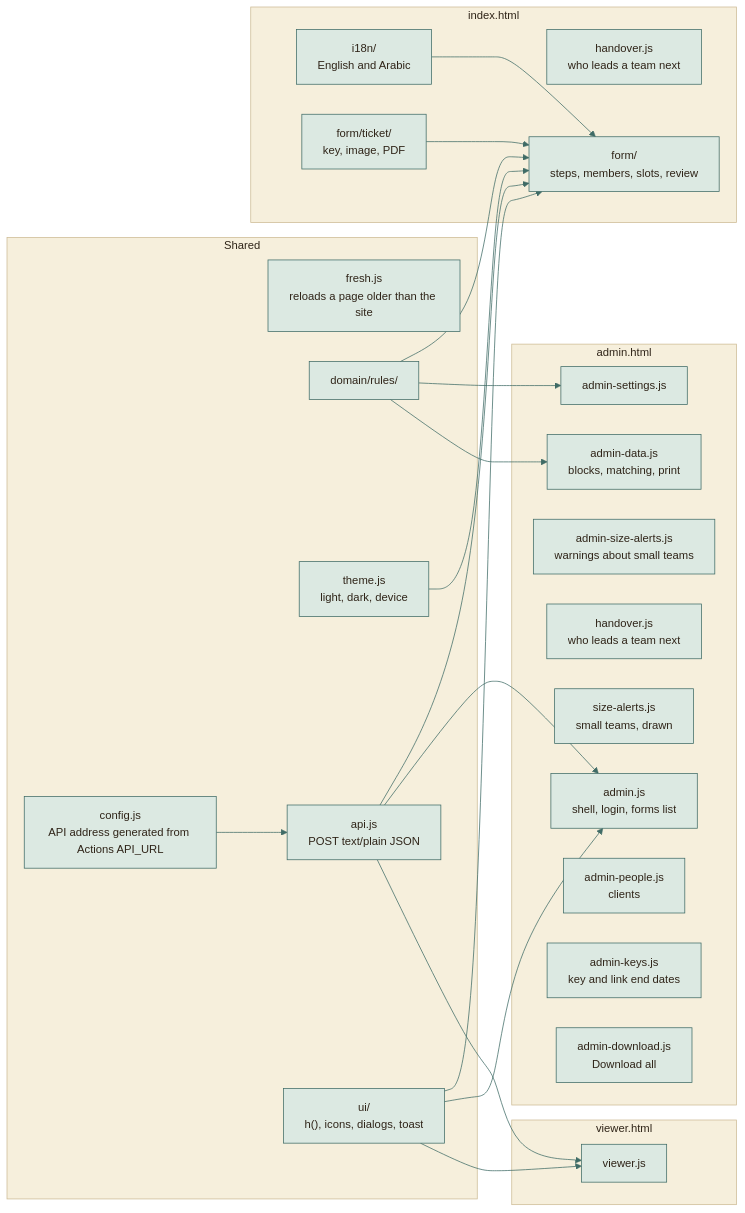
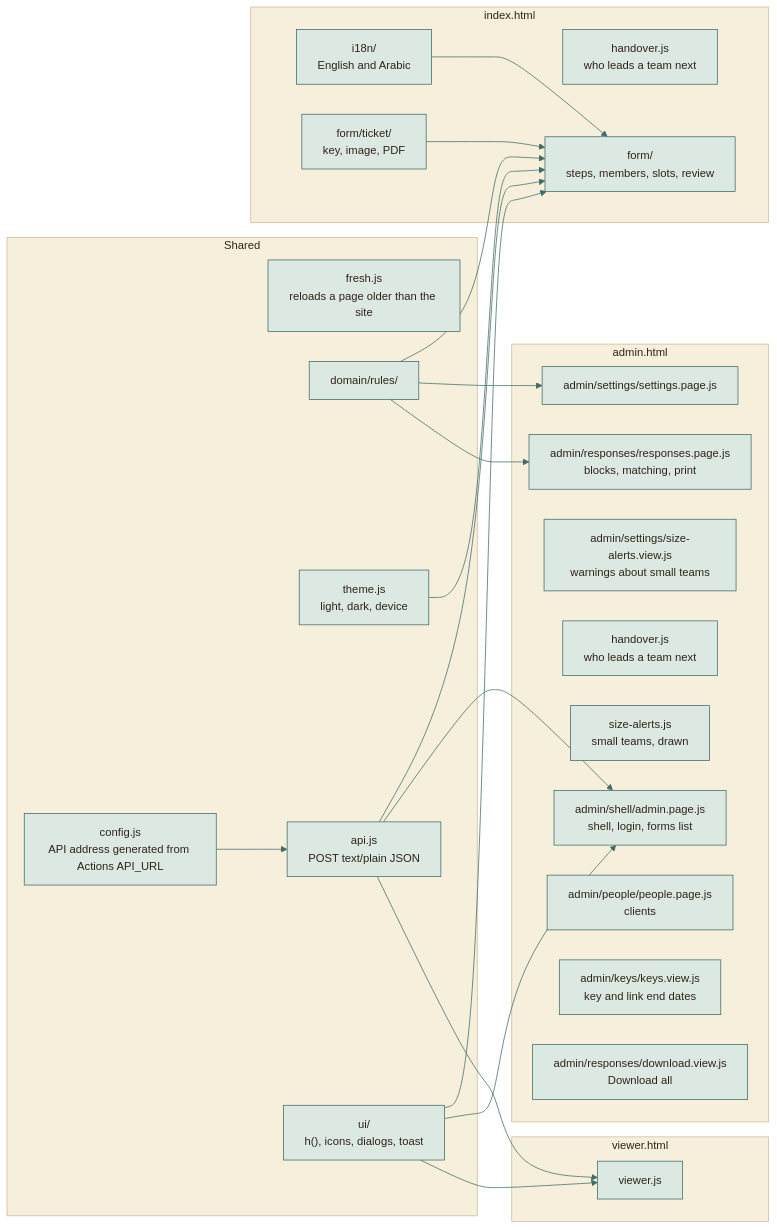
Before and after one commit to moyeh04/forms-platform: the tenth of 12 diagrams in docs/architecture/ARCHITECTURE.md, drawn with Mermaid. The commit also changed other lines of this file and 15 other files, not shown here.

````diff
--- a/docs/architecture/ARCHITECTURE.md
+++ b/docs/architecture/ARCHITECTURE.md
@@ -694,72 +694,72 @@
 ```mermaid
 %%{init: {
   'theme': 'base',
   'themeVariables': {
     'fontFamily': 'ui-sans-serif, system-ui, -apple-system, Segoe UI, Roboto, sans-serif',
     'fontSize': '15px',
     'primaryColor': '#DCE9E2', 'primaryBorderColor': '#3F6B66', 'primaryTextColor': '#2F2418',
     'secondaryColor': '#F0E4C8', 'secondaryBorderColor': '#C9A24A', 'secondaryTextColor': '#2F2418',
     'tertiaryColor': '#F6EFDC', 'tertiaryBorderColor': '#CDBB94', 'tertiaryTextColor': '#2F2418',
     'lineColor': '#3F6B66', 'textColor': '#2F2418', 'mainBkg': '#DCE9E2', 'nodeBorder': '#3F6B66',
     'clusterBkg': '#F6EFDC', 'clusterBorder': '#CDBB94', 'titleColor': '#2F2418',
     'edgeLabelBackground': '#F8F1DD',
     'actorBkg': '#DCE9E2', 'actorBorder': '#3F6B66', 'actorTextColor': '#2F2418', 'actorLineColor': '#8FB3AB',
     'signalColor': '#477A73', 'signalTextColor': '#477A73',
     'labelBoxBkgColor': '#F0E4C8', 'labelBoxBorderColor': '#C9A24A', 'labelTextColor': '#2F2418', 'loopTextColor': '#6A5A44',
     'noteBkgColor': '#FBEFC9', 'noteBorderColor': '#C9A24A', 'noteTextColor': '#2F2418',
     'activationBkgColor': '#DCE9E2', 'activationBorderColor': '#3F6B66', 'sequenceNumberColor': '#F8F1DD',
     'transitionColor': '#3F6B66', 'stateLabelColor': '#2F2418', 'stateBkg': '#DCE9E2', 'altBackground': '#F6EFDC',
     'attributeBackgroundColorOdd': '#F8F1DD', 'attributeBackgroundColorEven': '#F0E4C8'
   },
   'flowchart': {'curve': 'basis', 'padding': 14, 'nodeSpacing': 40, 'rankSpacing': 46},
   'sequence': {'mirrorActors': false, 'messageMargin': 34, 'boxMargin': 8}
 }}%%
 flowchart LR
     subgraph shared["Shared"]
         cfg["config.js<br/>API address generated from Actions API_URL"]
         fr["fresh.js<br/>reloads a page older than the site"]
         rl["domain/rules/"]
         th["theme.js<br/>light, dark, device"]
         api["api.js<br/>POST text/plain JSON"]
         ui["ui/<br/>h(), icons, dialogs, toast"]
     end
     subgraph student["index.html"]
         i18n["i18n/<br/>English and Arabic"]
         tk["form/ticket/<br/>key, image, PDF"]
         h1["handover.js<br/>who leads a team next"]
         fm["form/<br/>steps, members, slots, review"]
     end
     subgraph adminp["admin.html"]
-        a1["admin.js<br/>shell, login, forms list"]
-        a2["admin-settings.js"]
-        a7["admin-size-alerts.js<br/>warnings about small teams"]
+        a1["admin/shell/admin.page.js<br/>shell, login, forms list"]
+        a2["admin/settings/settings.page.js"]
+        a7["admin/settings/size-alerts.view.js<br/>warnings about small teams"]
         h2["handover.js<br/>who leads a team next"]
         s2["size-alerts.js<br/>small teams, drawn"]
-        a3["admin-data.js<br/>blocks, matching, print"]
-        a4["admin-people.js<br/>clients"]
-        a5["admin-keys.js<br/>key and link end dates"]
-        a6["admin-download.js<br/>Download all"]
+        a3["admin/responses/responses.page.js<br/>blocks, matching, print"]
+        a4["admin/people/people.page.js<br/>clients"]
+        a5["admin/keys/keys.view.js<br/>key and link end dates"]
+        a6["admin/responses/download.view.js<br/>Download all"]
     end
     subgraph viewerp["viewer.html"]
         v1["viewer.js"]
     end
     cfg --> api
     api --> fm
     api --> a1
     api --> v1
     rl --> fm
     rl --> a2
     rl --> a3
     ui --> fm
     ui --> a1
     ui --> v1
     th --> fm
     i18n --> fm
     tk --> fm
     classDef cDb fill:#F3E2B3,stroke:#B8892D,stroke-width:1.5px,color:#2F2418
     classDef cActor fill:#F4D9D3,stroke:#9A3328,stroke-width:1.5px,color:#2F2418
     classDef cDec fill:#FBEFC9,stroke:#C9A24A,stroke-width:1.5px,color:#2F2418
     classDef cEnd fill:#2F2418,stroke:#2F2418,color:#F8F1DD
     classDef cErr fill:#F6D5CF,stroke:#A12B1F,stroke-width:1.5px,color:#5A140C
     classDef cOk fill:#BFD9CF,stroke:#2E5A55,stroke-width:1.5px,color:#17302D
 ```
````
